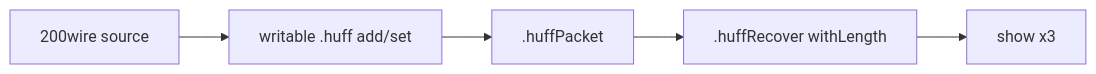
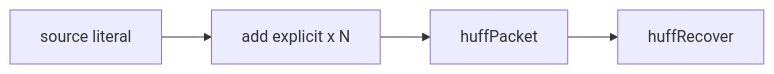
Before and after one commit to epsislow/logic-algebra-js: the second of 3 diagrams in library/logTscript/.cursor/plans/huffman_wave_demo.plan.md, drawn with Mermaid. The commit also changed other lines of this file and 1 other file, not shown here.

````diff
--- a/library/logTscript/.cursor/plans/huffman_wave_demo.plan.md
+++ b/library/logTscript/.cursor/plans/huffman_wave_demo.plan.md
@@ -47,8 +156,8 @@
 ```mermaid
 flowchart LR
-  Source["200wire source"]
-  Build["writable .huff add/set"]
-  Enc[".huffPacket"]
-  Dec[".huffRecover withLength"]
-  Source --> Build --> Enc --> Dec --> Show["show x3"]
+  Source["source literal"]
+  Add["add explicit x N"]
+  Enc["huffPacket"]
+  Dec["huffRecover"]
+  Source --> Add --> Enc --> Dec
 ```
````
